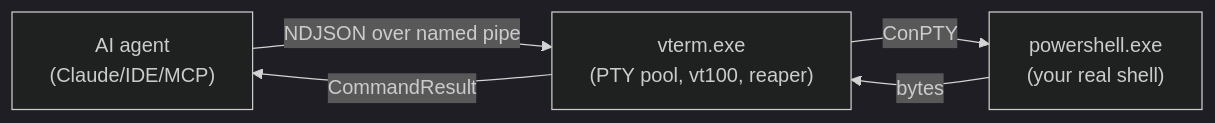
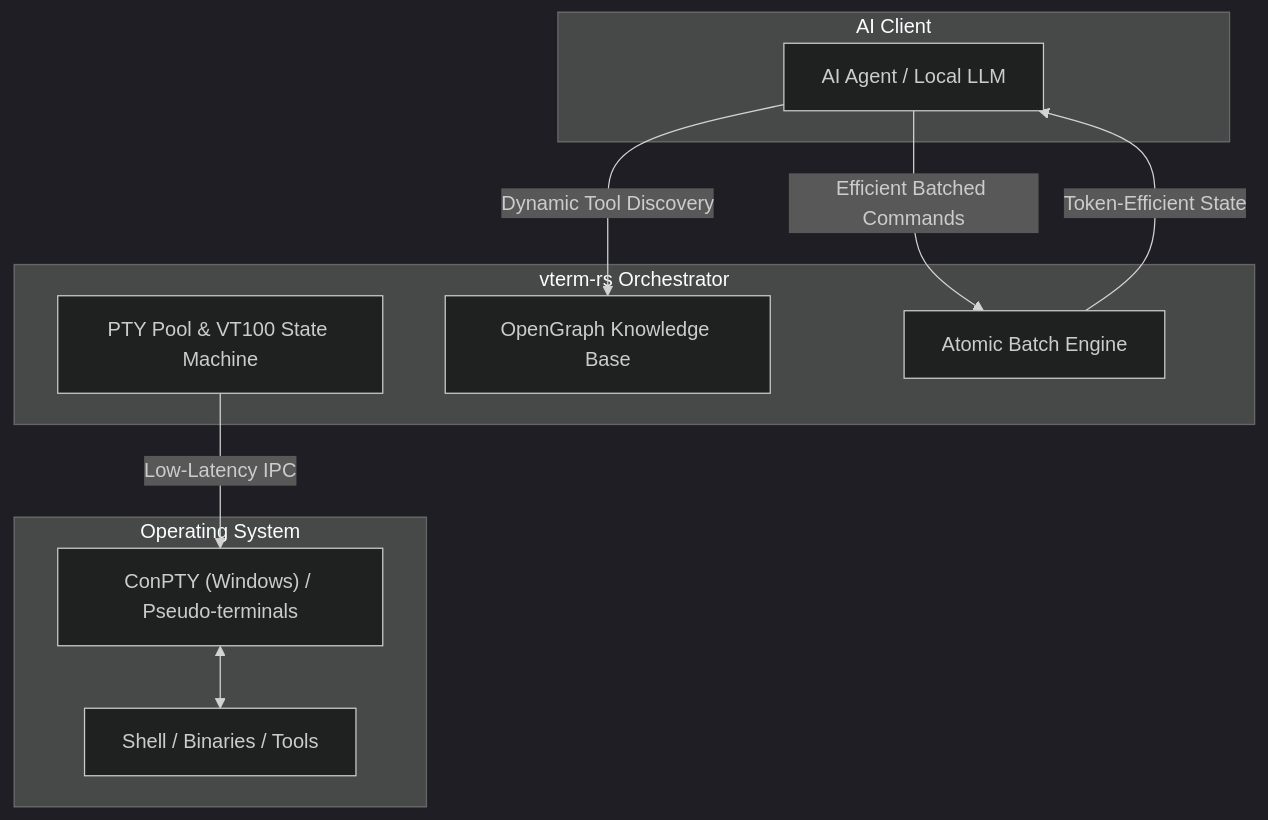
Before and after one commit to margusmartsepp/vterm-rs: the diagram in README.md, drawn with Mermaid (dark theme). The commit also changed other lines of this file and 65 other files, not shown here.

Commit message:
feat: v0.7.20 - brand refresh, architectural modernization, and state-aware orchestration enhancements

````diff
--- a/README.md
+++ b/README.md
@@ -37,11 +32,23 @@
 ```mermaid
-graph LR
-    Agent["AI agent<br/>(Claude/IDE/MCP)"]
-    Term["vterm.exe<br/>(PTY pool, vt100, reaper)"]
-    Shell["powershell.exe<br/>(your real shell)"]
+graph TD
+    subgraph AI Client
+        LLM["AI Agent / Local LLM"]
+    end
 
-    Agent -- "NDJSON over named pipe" --> Term
-    Term -- "CommandResult" --> Agent
-    Term -- "ConPTY" --> Shell
-    Shell -- "bytes" --> Term
+    subgraph vterm-rs Orchestrator
+        Logic["PTY Pool & VT100 State Machine"]
+        Graph["OpenGraph Knowledge Base"]
+        Batch["Atomic Batch Engine"]
+    end
+
+    subgraph Operating System
+        PTY["ConPTY (Windows) / Pseudo-terminals"]
+        Shell["Shell / Binaries / Tools"]
+    end
+
+    LLM -- "Efficient Batched Commands" --> Batch
+    Batch -- "Token-Efficient State" --> LLM
+    LLM -- "Dynamic Tool Discovery" --> Graph
+    Logic -- "Low-Latency IPC" --> PTY
+    PTY <--> Shell
 ```
````
